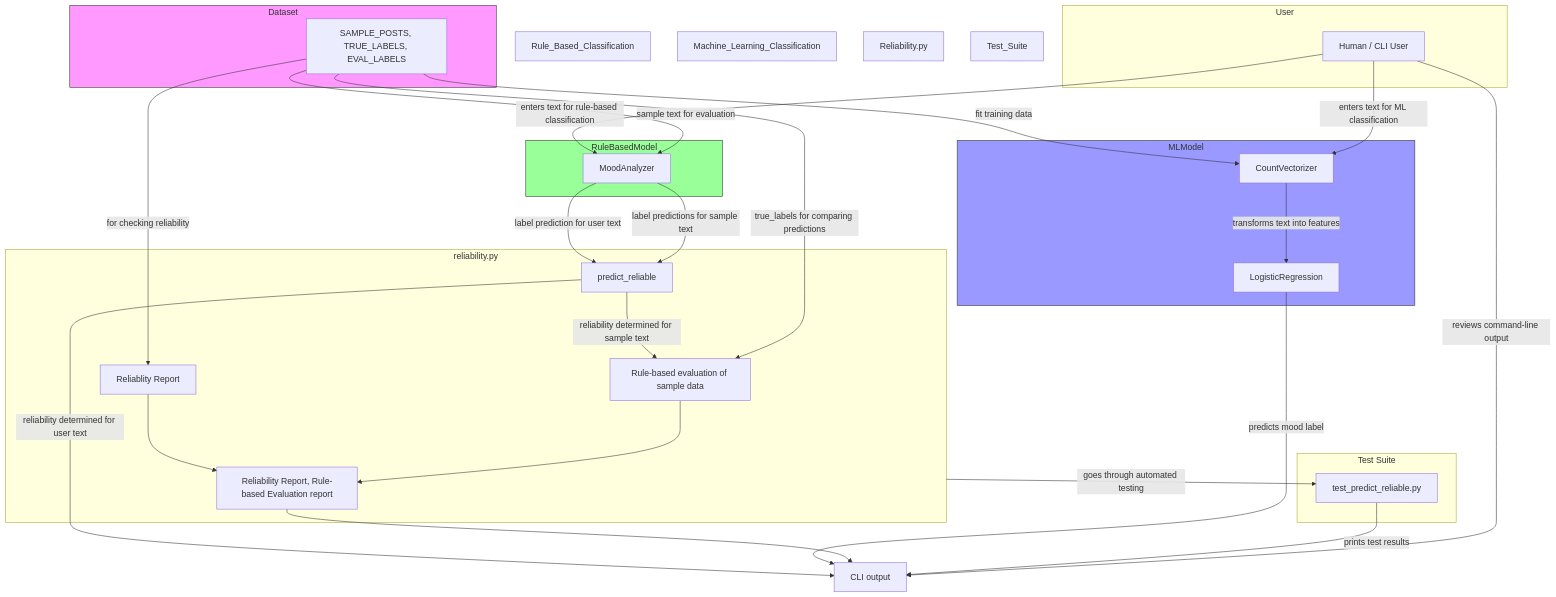
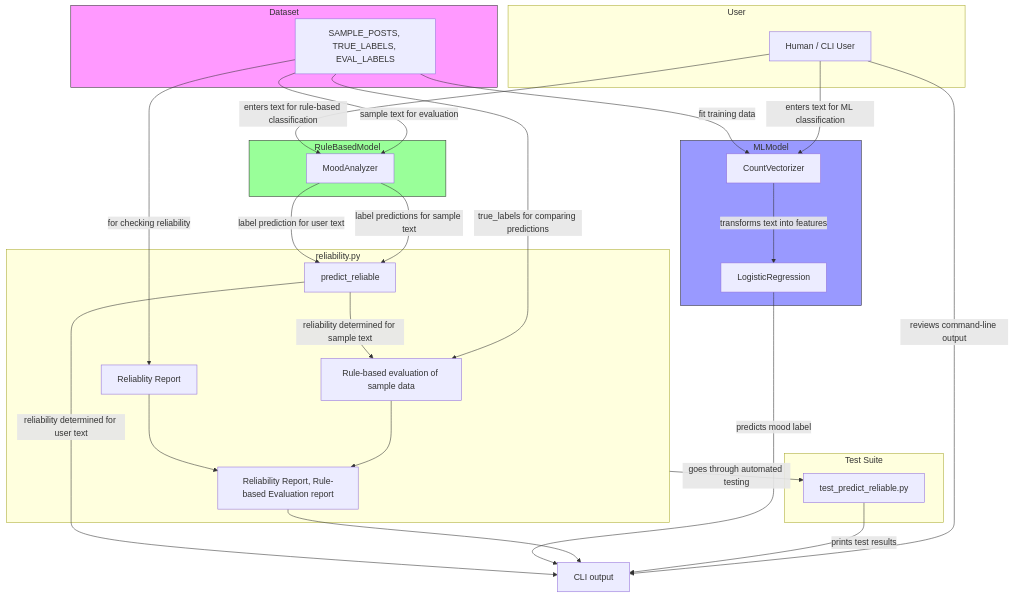
Before and after one commit to joegon806/applied-ai-system-project: the diagram in uml.mmd, drawn with Mermaid.

Commit message:
removed headers from uml

```diff
--- a/uml.mmd
+++ b/uml.mmd
@@ -1,58 +1,54 @@
 flowchart TD
     subgraph User
 USER[Human / CLI User]
     end
 
     subgraph Dataset
         DS[SAMPLE_POSTS, TRUE_LABELS, EVAL_LABELS]
     end
 
     subgraph RuleBasedModel
         MA[MoodAnalyzer]
     end
 
     subgraph MLModel
         VEC[CountVectorizer]
         ML[LogisticRegression]
     end
 
     subgraph reliability.py
         REL[predict_reliable]
         EVAL[Rule-based evaluation of sample data]
         REP[Reliablity Report]
         REOUT[Reliability Report, Rule-based Evaluation report]
     end
 
     subgraph Test Suite
         TEST[test_predict_reliable.py]
     end
-
-    Rule_Based_Classification
+    
     USER -->|enters text for rule-based classification| MA
     MA -->|label prediction for user text| REL
     REL -->|reliability determined for user text| Output[CLI output]
-
-    Machine_Learning_Classification
+    
     DS -->|fit training data| VEC
     USER -->|enters text for ML classification| VEC
     VEC -->|transforms text into features| ML
     ML -->|predicts mood label| Output
-
-    Reliability.py
+    
     DS -->|for checking reliability| REP
     REP --> REOUT
     DS -->|sample text for evaluation| MA
     MA --> |label predictions for sample text| REL
     REL -->|reliability determined for sample text| EVAL
     DS -->|true_labels for comparing predictions| EVAL
     EVAL --> REOUT
     REOUT --> Output
 
-    Test_Suite
     reliability.py -->|goes through automated testing| TEST
     TEST -->|prints test results| Output
     USER -->|reviews command-line output| Output
 
     style Dataset fill:#f9f,stroke:#333,stroke-width:1px
     style RuleBasedModel fill:#9f9,stroke:#333,stroke-width:1px
     style MLModel fill:#99f,stroke:#333,stroke-width:1px
```
